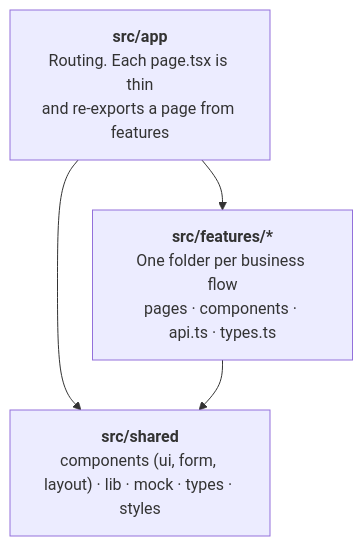
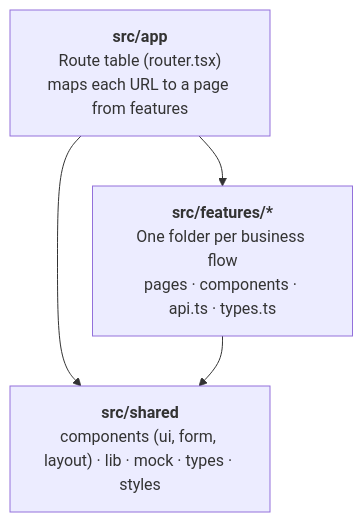
Before and after one commit to MinhMQ1711/Horse-Training-Club: the second of 11 diagrams in docs/ARCHITECTURE.md, drawn with Mermaid. The commit also changed other lines of this file and 3 other files, not shown here.

First line of the commit message:
docs: update architecture, API and guides for Vite

````diff
--- a/docs/ARCHITECTURE.md
+++ b/docs/ARCHITECTURE.md
@@ -56,10 +56,10 @@
 ```mermaid
 flowchart TB
-  APP["<b>src/app</b><br/>Routing. Each page.tsx is thin<br/>and re-exports a page from features"]
+  APP["<b>src/app</b><br/>Route table (router.tsx)<br/>maps each URL to a page from features"]
   FEAT["<b>src/features/*</b><br/>One folder per business flow<br/>pages · components · api.ts · types.ts"]
   SHARED["<b>src/shared</b><br/>components (ui, form, layout) · lib · mock · types · styles"]
 
   APP --> FEAT
   APP --> SHARED
   FEAT --> SHARED
 ```
````
